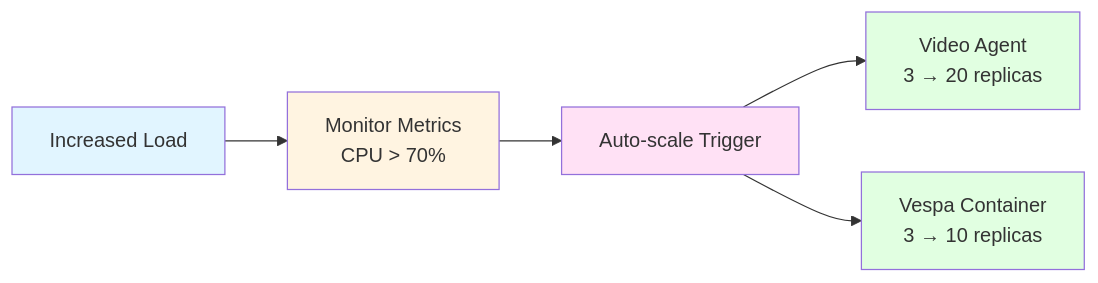
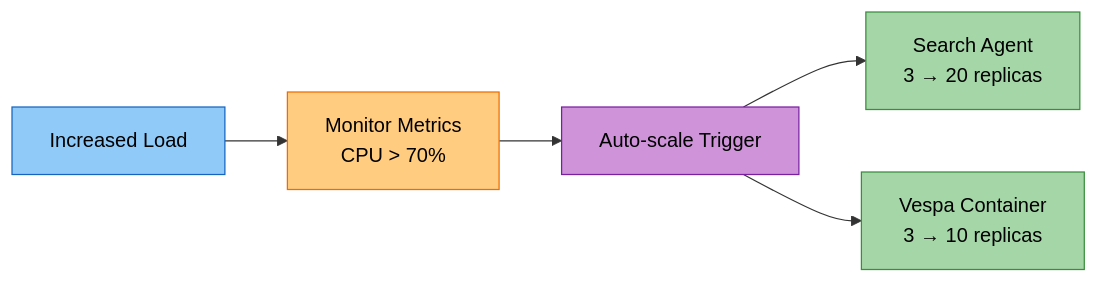
One commit to amit-jain/cogniverse changed the fifth of 5 diagrams in docs/operations/performance-monitoring.md. Above: the diagram before and after it, drawn with Mermaid. The commit also changed other lines of this file and 83 other files, not shown here.

First line of the commit message:
Fix documentation veracity, formatting, and diagrams across all modules

````diff
--- a/docs/operations/performance-monitoring.md
+++ b/docs/operations/performance-monitoring.md
@@ -349,17 +382,17 @@
 ```mermaid
-graph LR
-    Load[Increased Load]
+flowchart LR
+    Load["<span style='color:#000'>Increased Load</span>"]
 
-    Load --> Monitor[Monitor Metrics<br/>CPU > 70%]
+    Load --> Monitor["<span style='color:#000'>Monitor Metrics<br/>CPU > 70%</span>"]
 
-    Monitor --> Scale[Auto-scale Trigger]
+    Monitor --> Scale["<span style='color:#000'>Auto-scale Trigger</span>"]
 
-    Scale --> VideoAgent[Video Agent<br/>3 → 20 replicas]
-    Scale --> VespaContainer[Vespa Container<br/>3 → 10 replicas]
+    Scale --> SearchAgent["<span style='color:#000'>Search Agent<br/>3 → 20 replicas</span>"]
+    Scale --> VespaContainer["<span style='color:#000'>Vespa Container<br/>3 → 10 replicas</span>"]
 
-    style Load fill:#e1f5ff
-    style Monitor fill:#fff4e1
-    style Scale fill:#ffe1f5
-    style VideoAgent fill:#e1ffe1
-    style VespaContainer fill:#e1ffe1
+    style Load fill:#90caf9,stroke:#1565c0,color:#000
+    style Monitor fill:#ffcc80,stroke:#ef6c00,color:#000
+    style Scale fill:#ce93d8,stroke:#7b1fa2,color:#000
+    style SearchAgent fill:#a5d6a7,stroke:#388e3c,color:#000
+    style VespaContainer fill:#a5d6a7,stroke:#388e3c,color:#000
 ```
````
